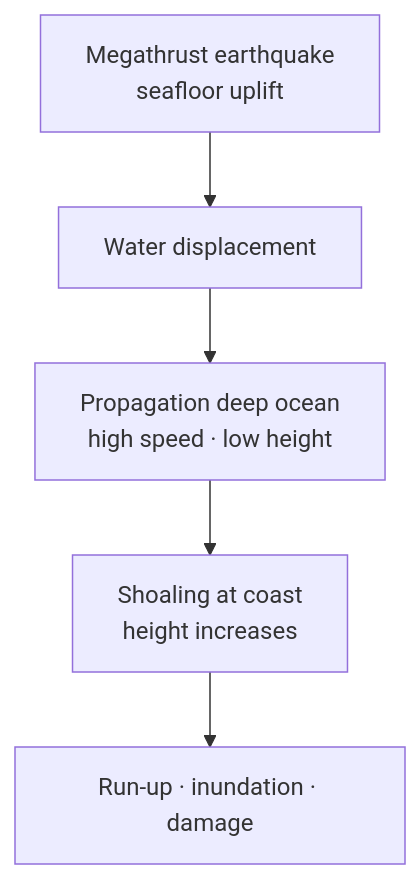
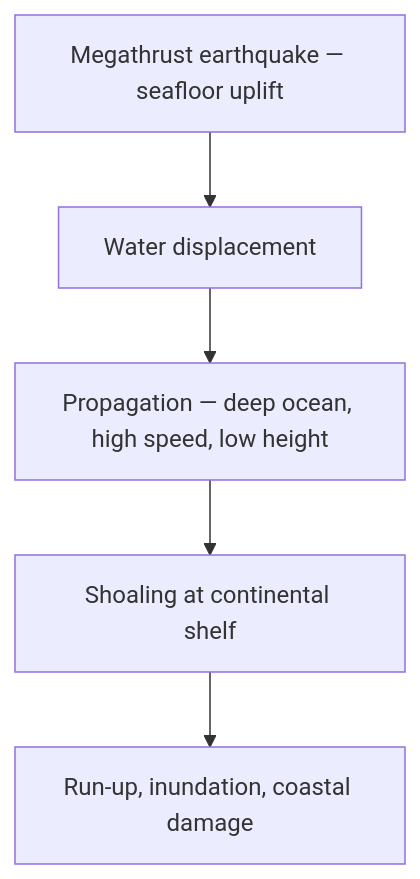
Before and after one commit to nitishpratap/UP-PCS: the diagram in mains-pyqs/GS-1/11_Physical_Geography/02_Tsunami.md, drawn with Mermaid. The commit also changed other lines of this file and 97 other files, not shown here.

````diff
--- a/mains-pyqs/GS-1/11_Physical_Geography/02_Tsunami.md
+++ b/mains-pyqs/GS-1/11_Physical_Geography/02_Tsunami.md
@@ -96,7 +82,7 @@
 ```mermaid
 flowchart TD
-  EQ[Megathrust earthquake<br/>seafloor uplift] --> D[Water displacement]
-  D --> P[Propagation deep ocean<br/>high speed · low height]
-  P --> S[Shoaling at coast<br/>height increases]
-  S --> R[Run-up · inundation · damage]
+  EQ[Megathrust earthquake — seafloor uplift] --> D[Water displacement]
+  D --> P[Propagation — deep ocean, high speed, low height]
+  P --> S[Shoaling at continental shelf]
+  S --> R[Run-up, inundation, coastal damage]
 ```
````
